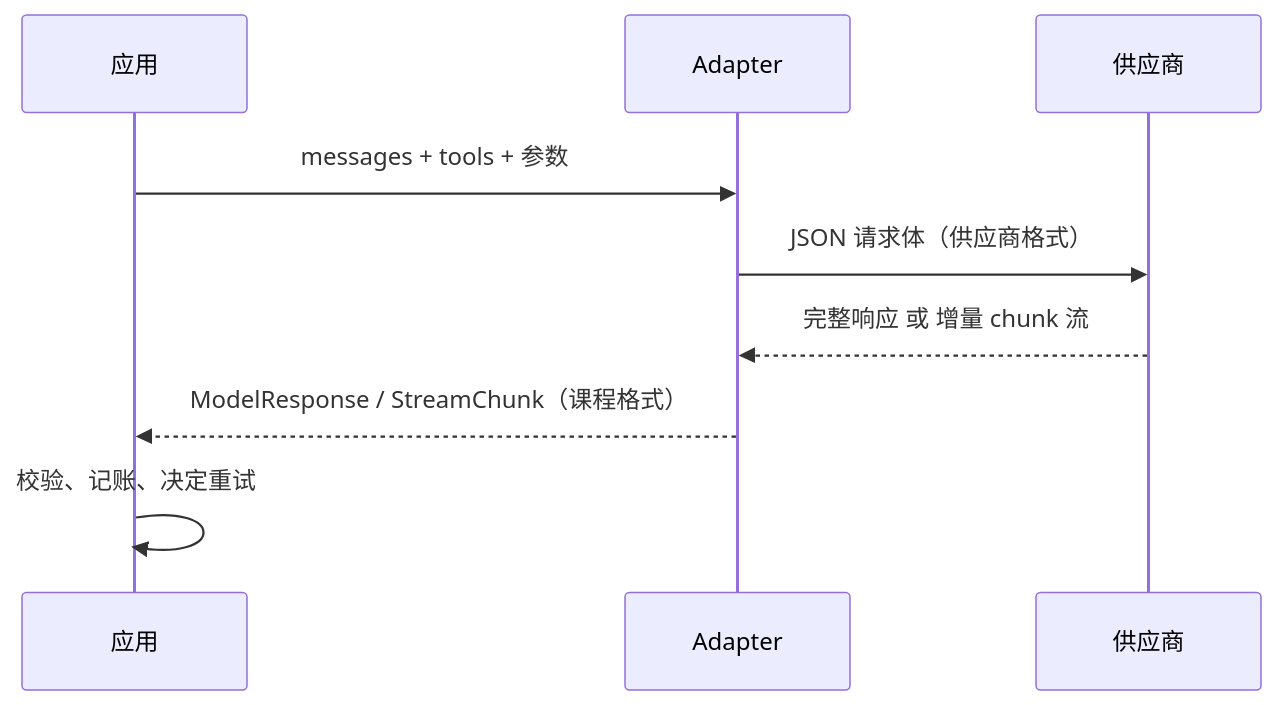
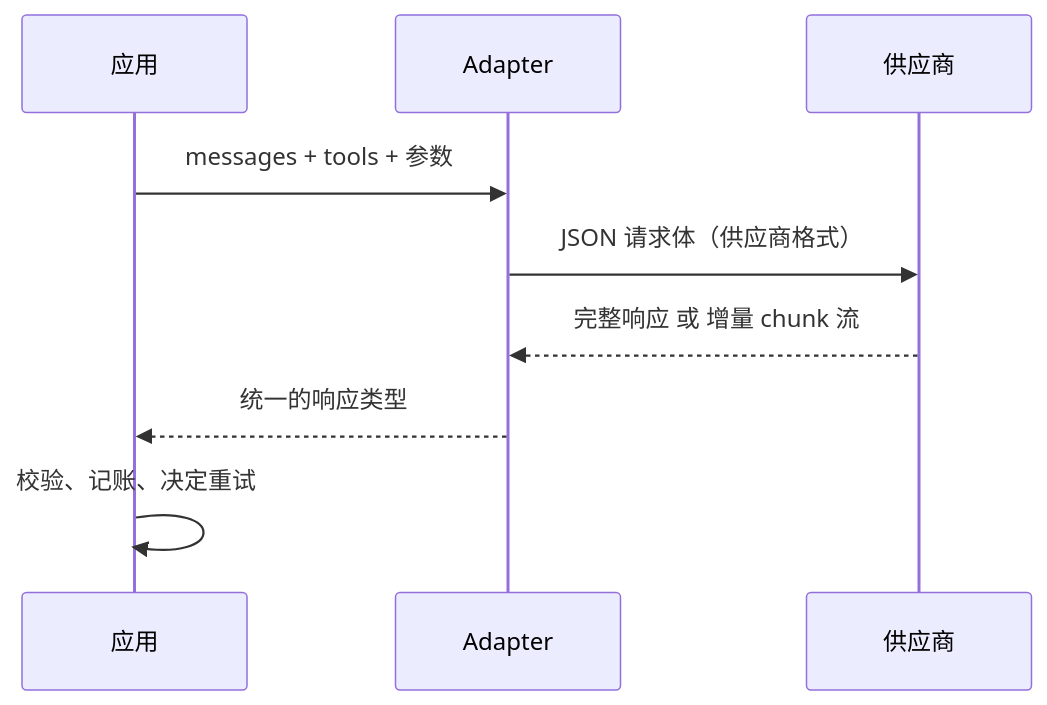
One commit to lance2016/ai-app-engineering changed the first of 2 diagrams in lessons/02-model-api-structured-output-streaming/README.md. Above: the diagram before and after it, drawn with Mermaid. The commit also changed other lines of this file and 234 other files, not shown here.

````diff
--- a/lessons/02-model-api-structured-output-streaming/README.md
+++ b/lessons/02-model-api-structured-output-streaming/README.md
@@ -28,11 +28,11 @@
 ```mermaid
 sequenceDiagram
     participant A as 应用
     participant D as Adapter
     participant P as 供应商
     A->>D: messages + tools + 参数
     D->>P: JSON 请求体（供应商格式）
     P-->>D: 完整响应 或 增量 chunk 流
-    D-->>A: ModelResponse / StreamChunk（课程格式）
+    D-->>A: 统一的响应类型
     A->>A: 校验、记账、决定重试
 ```
````
